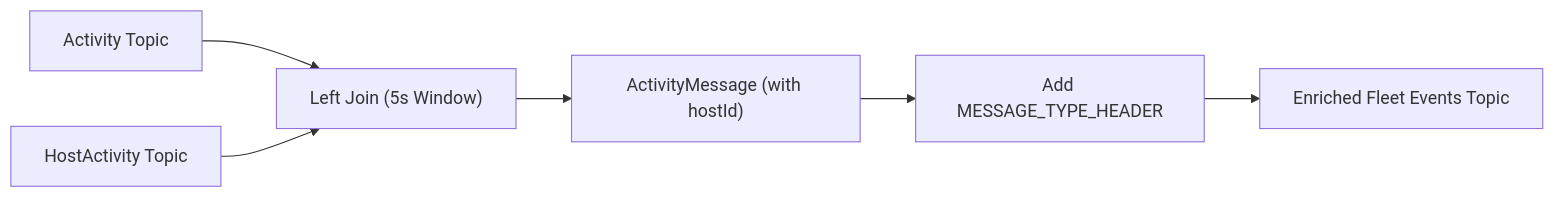
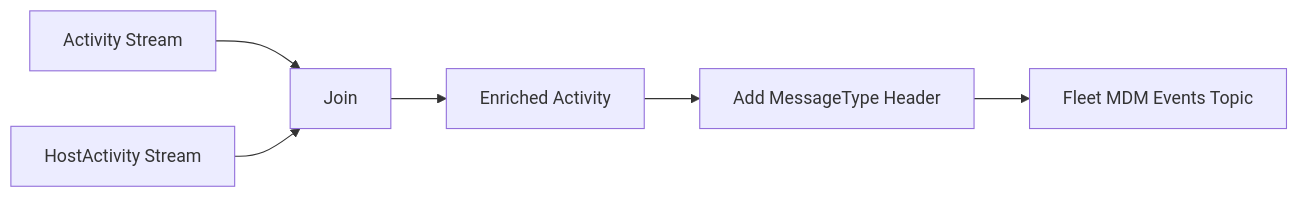
Before and after one commit to Praesto-Pro/openframe-oss-tenant: the fifth of 6 diagrams in docs/architecture/stream-service-core/stream-service-core.md, drawn with Mermaid. The commit also changed other lines of this file and 214 other files, not shown here.

````diff
--- a/docs/architecture/stream-service-core/stream-service-core.md
+++ b/docs/architecture/stream-service-core/stream-service-core.md
@@ -266,8 +289,8 @@
 ```mermaid
 flowchart LR
-    Activity["Activity Topic"] --> Join["Left Join (5s Window)"]
-    HostActivity["HostActivity Topic"] --> Join
-    Join --> Enriched["ActivityMessage (with hostId)"]
-    Enriched --> Header["Add MESSAGE_TYPE_HEADER"]
-    Header --> Output["Enriched Fleet Events Topic"]
+    Activity["Activity Stream"] --> Join
+    HostActivity["HostActivity Stream"] --> Join
+    Join --> Enriched["Enriched Activity"]
+    Enriched --> HeaderAdder["Add MessageType Header"]
+    HeaderAdder --> Output["Fleet MDM Events Topic"]
 ```
````
